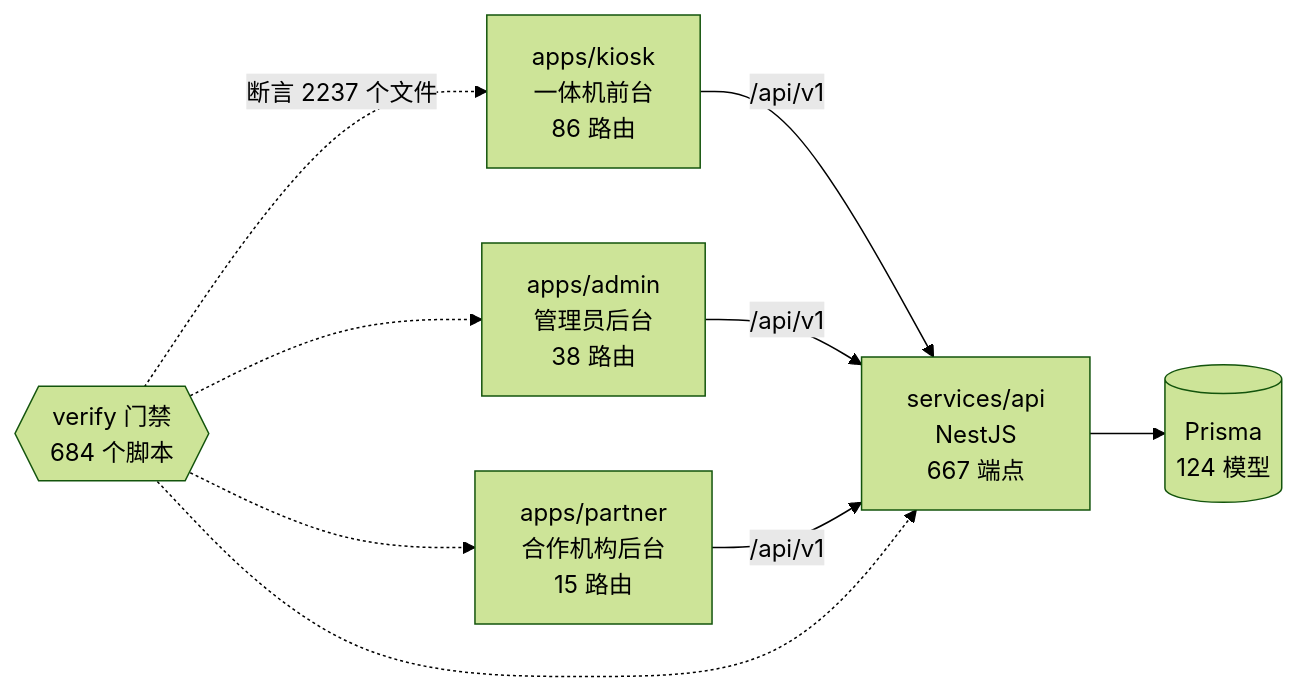
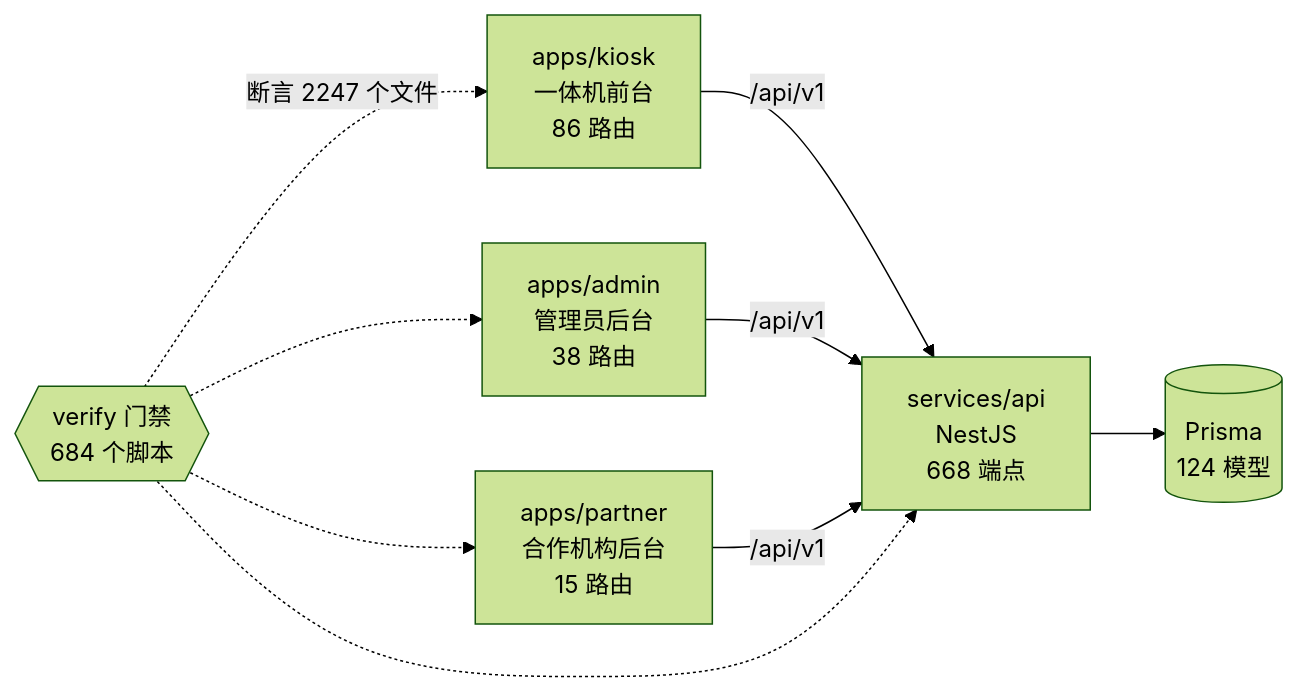
Before and after one commit to wanglei581/YITIJI: the diagram in docs/graph/README.md, drawn with Mermaid (forest theme). The commit also changed other lines of this file and 6 other files, not shown here.

First line of the commit message:
收费第 2 期 b 返工：记下第九轮并更新图谱

````diff
--- a/docs/graph/README.md
+++ b/docs/graph/README.md
@@ -68,18 +68,18 @@
 ```mermaid
 flowchart LR
   kiosk["apps/kiosk<br/>一体机前台<br/>86 路由"]
   admin["apps/admin<br/>管理员后台<br/>38 路由"]
   partner["apps/partner<br/>合作机构后台<br/>15 路由"]
-  api["services/api<br/>NestJS<br/>667 端点"]
+  api["services/api<br/>NestJS<br/>668 端点"]
   db[("Prisma<br/>124 模型")]
   gates{{"verify 门禁<br/>684 个脚本"}}
 
   kiosk -->|"/api/v1"| api
   admin -->|"/api/v1"| api
   partner -->|"/api/v1"| api
   api --> db
-  gates -.->|"断言 2237 个文件"| kiosk
+  gates -.->|"断言 2247 个文件"| kiosk
   gates -.-> admin
   gates -.-> partner
   gates -.-> api
 ```
````
